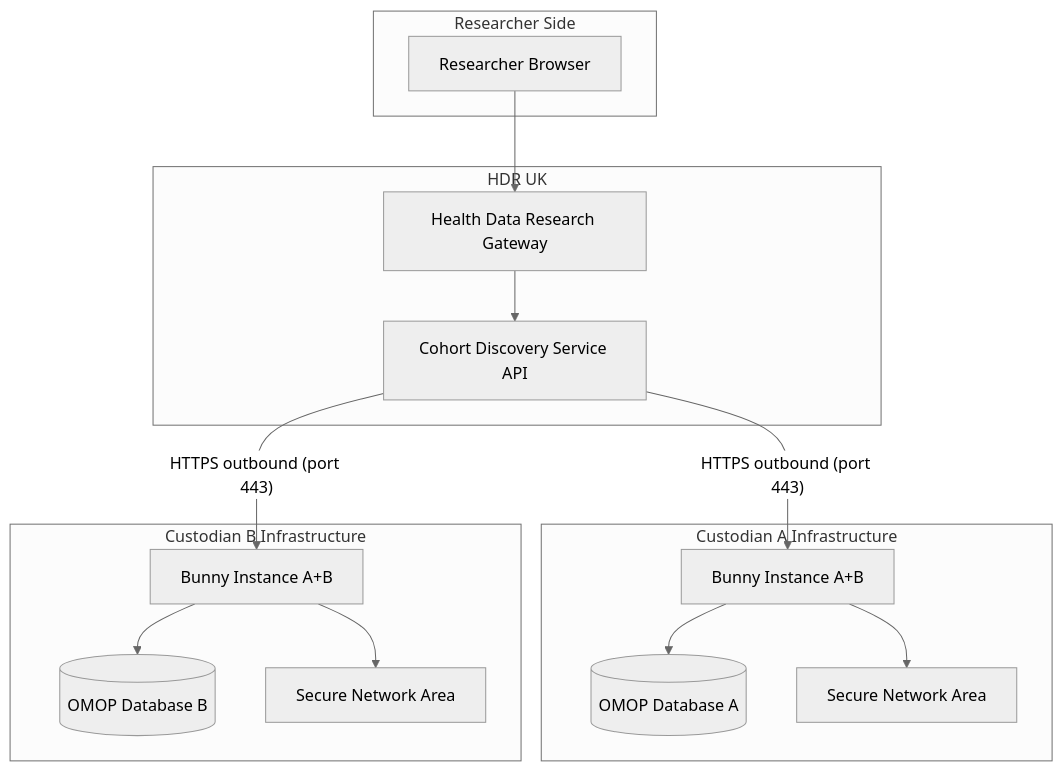
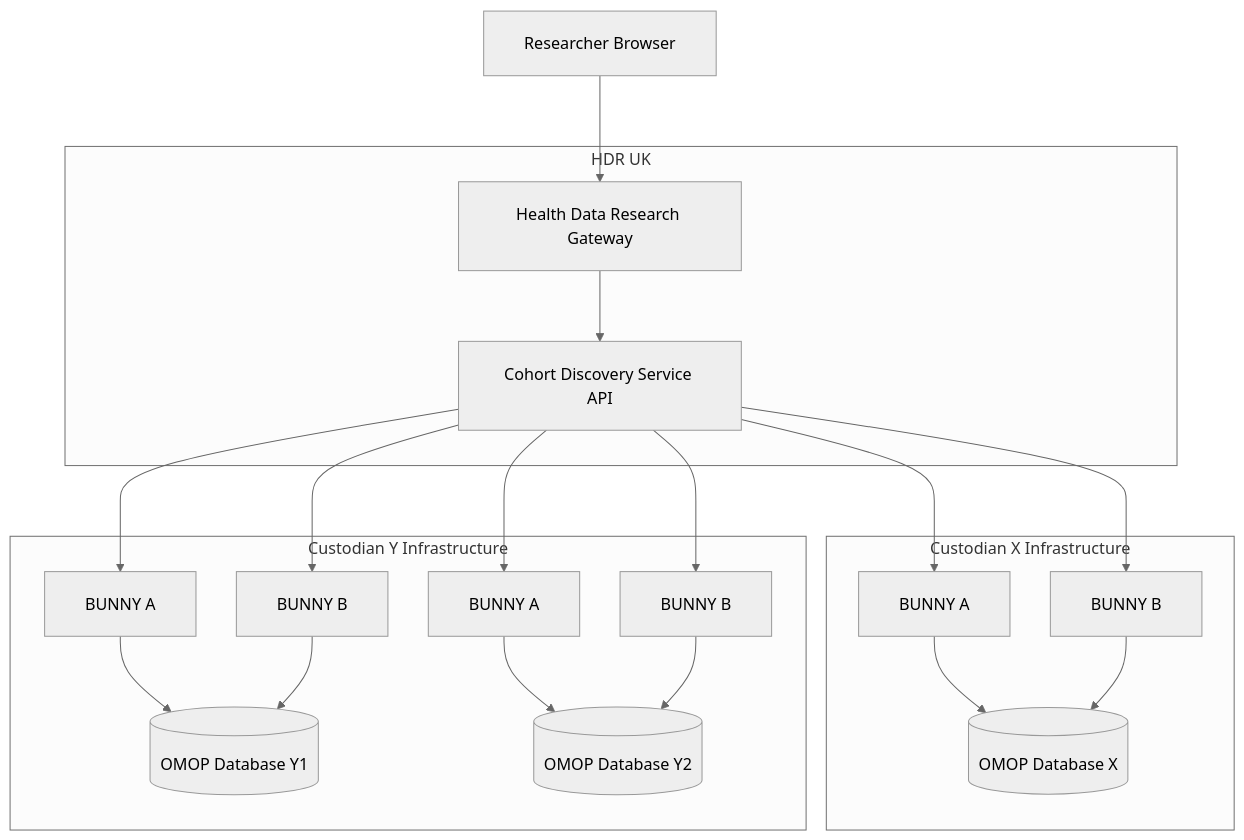
Before and after one commit to HDRUK/cohort-discovery-service-docs: the diagram in docs/architecture/platform.md, drawn with Mermaid (neutral theme). The commit also changed other lines of this file and 3 other files, not shown here.

````diff
--- a/docs/architecture/platform.md
+++ b/docs/architecture/platform.md
@@ -17,32 +17,40 @@
 ```mermaid
-graph TD
-    subgraph Researcher Side
-        Browser[Researcher Browser]
-    end
+%%{init: {'flowchart': {'nodeSpacing': 40, 'rankSpacing': 70, 'padding': 20}}}%%
+flowchart TD
+    Browser[Researcher Browser]
 
-    subgraph HDR UK
+    subgraph HDRUK["HDR UK"]
         GW[Health Data Research Gateway]
         CDS[Cohort Discovery Service API]
     end
 
-    subgraph Custodian A Infrastructure
-        B_A[Bunny Instance A+B]
-        OMOP_A[(OMOP Database A)]
-        SNA_A[Secure Network Area]
+    subgraph CustodianX["Custodian X Infrastructure"]
+        BUNNY_XA[BUNNY A]
+        BUNNY_XB[BUNNY B]
+        OMOP_X[(OMOP Database X)]
     end
 
-    subgraph Custodian B Infrastructure
-        B_B[Bunny Instance A+B]
-        OMOP_B[(OMOP Database B)]
-        SNA_B[Secure Network Area]
+    subgraph CustodianY["Custodian Y Infrastructure"]
+        BUNNY_Y1A[BUNNY A]
+        BUNNY_Y1B[BUNNY B]
+        OMOP_Y1[(OMOP Database Y1)]
+        BUNNY_Y2A[BUNNY A]
+        BUNNY_Y2B[BUNNY B]
+        OMOP_Y2[(OMOP Database Y2)]
     end
 
     Browser --> GW
     GW --> CDS
-    CDS -->|"HTTPS outbound (port 443)"| B_A
-    CDS -->|"HTTPS outbound (port 443)"| B_B
-    B_A --> OMOP_A
-    B_B --> OMOP_B
-    B_A --> SNA_A
-    B_B --> SNA_B
+    CDS --> BUNNY_XA
+    CDS --> BUNNY_XB
+    CDS --> BUNNY_Y1A
+    CDS --> BUNNY_Y1B
+    CDS --> BUNNY_Y2A
+    CDS --> BUNNY_Y2B
+    BUNNY_XA --> OMOP_X
+    BUNNY_XB --> OMOP_X
+    BUNNY_Y1A --> OMOP_Y1
+    BUNNY_Y1B --> OMOP_Y1
+    BUNNY_Y2A --> OMOP_Y2
+    BUNNY_Y2B --> OMOP_Y2
 ```
````
